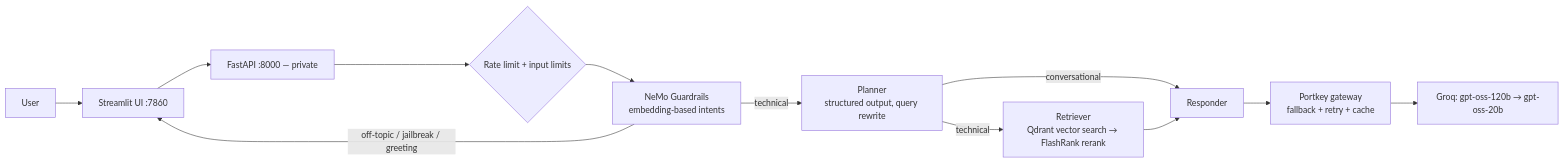
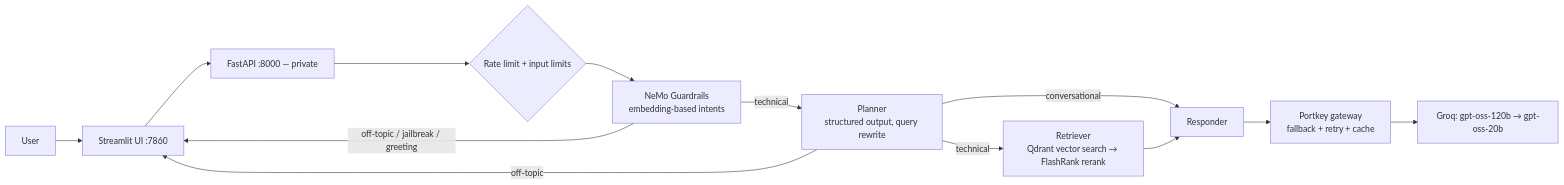
The diagram in README.md (TaNuJaSaRaVale/enterprise_grade_rag_appliaction), drawn with Mermaid before and after one commit. The commit also changed other lines of this file and 10 other files, not shown here.

Commit message:
Two-layer guardrails (tuned NeMo rails + planner off_topic intent), guardrails/refusal evals, KubeRAG UI, README results

````diff
--- a/README.md
+++ b/README.md
@@ -34,14 +34,15 @@
 ```mermaid
 flowchart LR
     U[User] --> UI[Streamlit UI :7860]
     UI --> API[FastAPI :8000 — private]
     API --> RL{Rate limit + input limits}
     RL --> G[NeMo Guardrails<br/>embedding-based intents]
     G -- off-topic / jailbreak / greeting --> UI
     G -- technical --> P[Planner<br/>structured output, query rewrite]
+    P -- off-topic --> UI
     P -- conversational --> R[Responder]
     P -- technical --> RET[Retriever<br/>Qdrant vector search → FlashRank rerank]
     RET --> R
     R --> PK[Portkey gateway<br/>fallback + retry + cache]
     PK --> GROQ[Groq: gpt-oss-120b → gpt-oss-20b]
 ```
````
